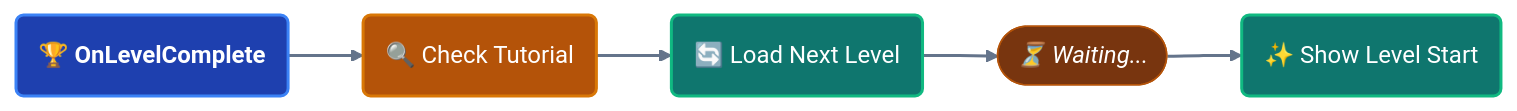
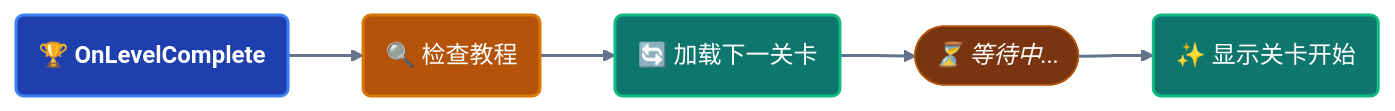
One commit to tinygiants-tech/TinyGiants changed the sixth of 6 diagrams in i18n/zh/docusaurus-plugin-content-docs/current/game-event-system/flow-graph/game-event-node-behavior.md. Above: the diagram before and after it, drawn with Mermaid. The commit also changed other lines of this file and 4 other files, not shown here.

Commit message:
修复文档页图像高亮的样式丢失问题

````diff
--- a/i18n/zh/docusaurus-plugin-content-docs/current/game-event-system/flow-graph/game-event-node-behavior.md
+++ b/i18n/zh/docusaurus-plugin-content-docs/current/game-event-system/flow-graph/game-event-node-behavior.md
@@ -563,31 +546,31 @@
 ```mermaid
 graph LR
     %% 节点定义：保持实心配色，增加亮色边框适配黑白模式
     A("🏆 OnLevelComplete"):::event
-    B("🔍 Check Tutorial"):::cond
-    C("🔄 Load Next Level"):::action
-    D(["⏳ Waiting..."]):::wait
-    E("✨ Show Level Start"):::action
+    B("🔍 检查教程"):::cond
+    C("🔄 加载下一关卡"):::action
+    D(["⏳ 等待中..."]):::wait
+    E("✨ 显示关卡开始"):::action
 
     %% 串行路径：将元数据(条件/时间)放在连线上
     A --> B
     B --> C
     C --> D
     D --> E
 
     %% --- 样式定义 (保持实心质感) ---
     %% Event: 深蓝
     classDef event fill:#1e40af,stroke:#3b82f6,stroke-width:2px,color:#ffffff,font-weight:bold
     
     %% Condition: 琥珀色
     classDef cond fill:#b45309,stroke:#d97706,stroke-width:2px,color:#ffffff
     
     %% Action: 深绿
     classDef action fill:#0f766e,stroke:#10b981,stroke-width:2px,color:#ffffff
     
     %% Wait: 虚线胶囊感，代表中间态
     classDef wait fill:#78350f,stroke:#b45309,stroke-width:1px,color:#ffffff,font-style:italic
 
     %% 连线：中性灰，在黑白主题下表现稳定
     linkStyle default stroke:#64748b,stroke-width:2px,color:#64748b,font-size:11px
 ```
````
